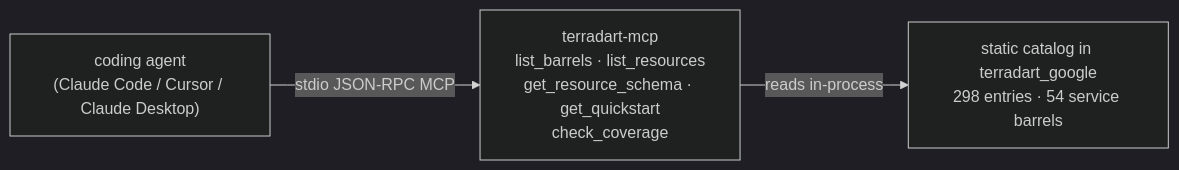
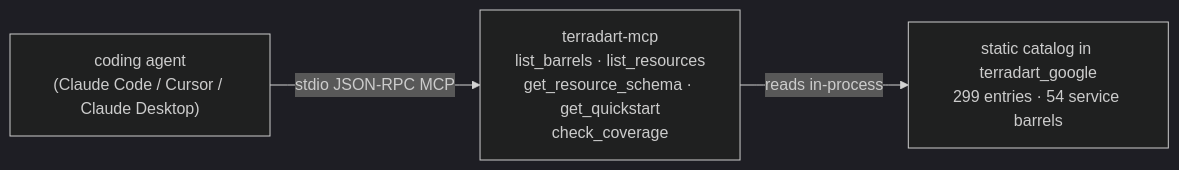
One commit to nozomi-koborinai/terradart changed the diagram in website/src/content/docs/docs/agent/index.md. Above: the diagram before and after it, drawn with Mermaid (dark theme). The commit also changed other lines of this file and 15 other files, not shown here.

````diff
--- a/website/src/content/docs/docs/agent/index.md
+++ b/website/src/content/docs/docs/agent/index.md
@@ -12,8 +12,8 @@
 ```mermaid
 graph LR
   agent["coding agent<br/>(Claude Code / Cursor / Claude Desktop)"]
   mcp["terradart-mcp<br/>list_barrels · list_resources<br/>get_resource_schema · get_quickstart<br/>check_coverage"]
-  catalog["static catalog in terradart_google<br/>298 entries · 54 service barrels"]
+  catalog["static catalog in terradart_google<br/>299 entries · 54 service barrels"]
   agent -->|stdio JSON-RPC MCP| mcp
   mcp -->|reads in-process| catalog
 ```
````
